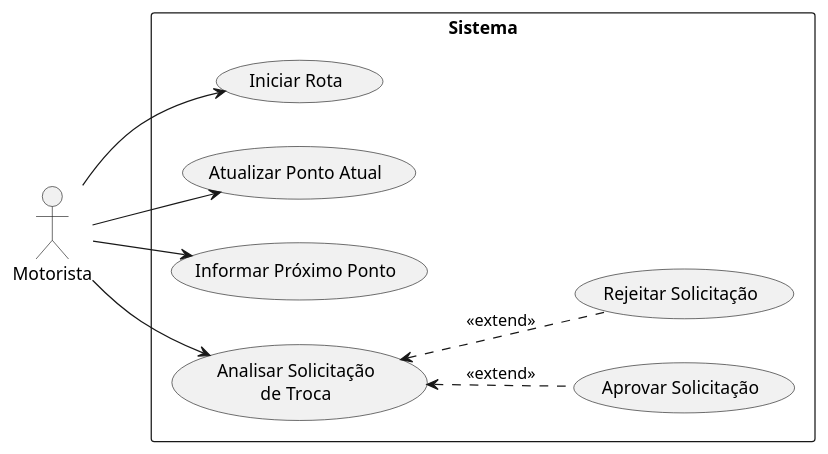
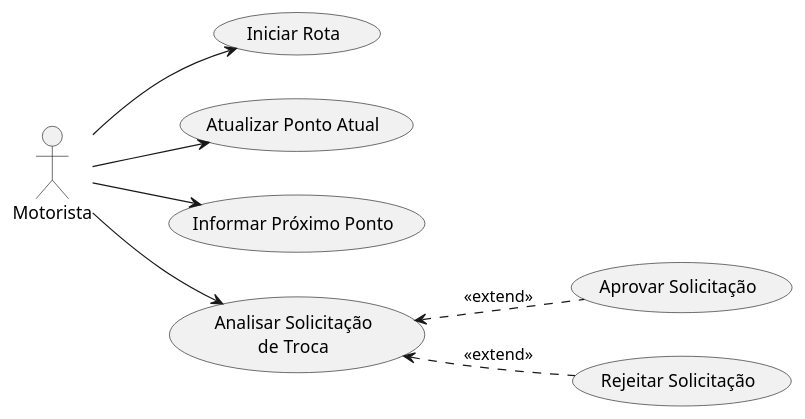
One commit to viniciusdias2902/modelagem_uml changed the diagram in Diagrama_Motorista.puml. Above: the diagram before and after it, drawn with PlantUML. The commit also changed 9 other files, not shown here.

Commit message:
Adição das fotos dos diagramas de caso de uso

```diff
--- a/Diagrama_Motorista.puml
+++ b/Diagrama_Motorista.puml
@@ -1,23 +1,22 @@
 @startuml
 left to right direction
 
 actor "Motorista" as Motorista
 
-rectangle Sistema {
-    usecase "Iniciar Rota" as UC05
-    usecase "Atualizar Ponto Atual" as UC06
-    usecase "Informar Próximo Ponto" as UC07
-    usecase "Analisar Solicitação\nde Troca" as UC15
-    usecase "Aprovar Solicitação" as UC15a
-    usecase "Rejeitar Solicitação" as UC15b
-}
+usecase "Iniciar Rota" as UC05
+usecase "Atualizar Ponto Atual" as UC06
+usecase "Informar Próximo Ponto" as UC07
+usecase "Analisar Solicitação\nde Troca" as UC15
+usecase "Aprovar Solicitação" as UC15a
+usecase "Rejeitar Solicitação" as UC15b
+
 
 Motorista --> UC05
 Motorista --> UC06
 Motorista --> UC07
 Motorista --> UC15
 
 UC15 <.. UC15a : <<extend>>
 UC15 <.. UC15b : <<extend>>
 
 @enduml
```
